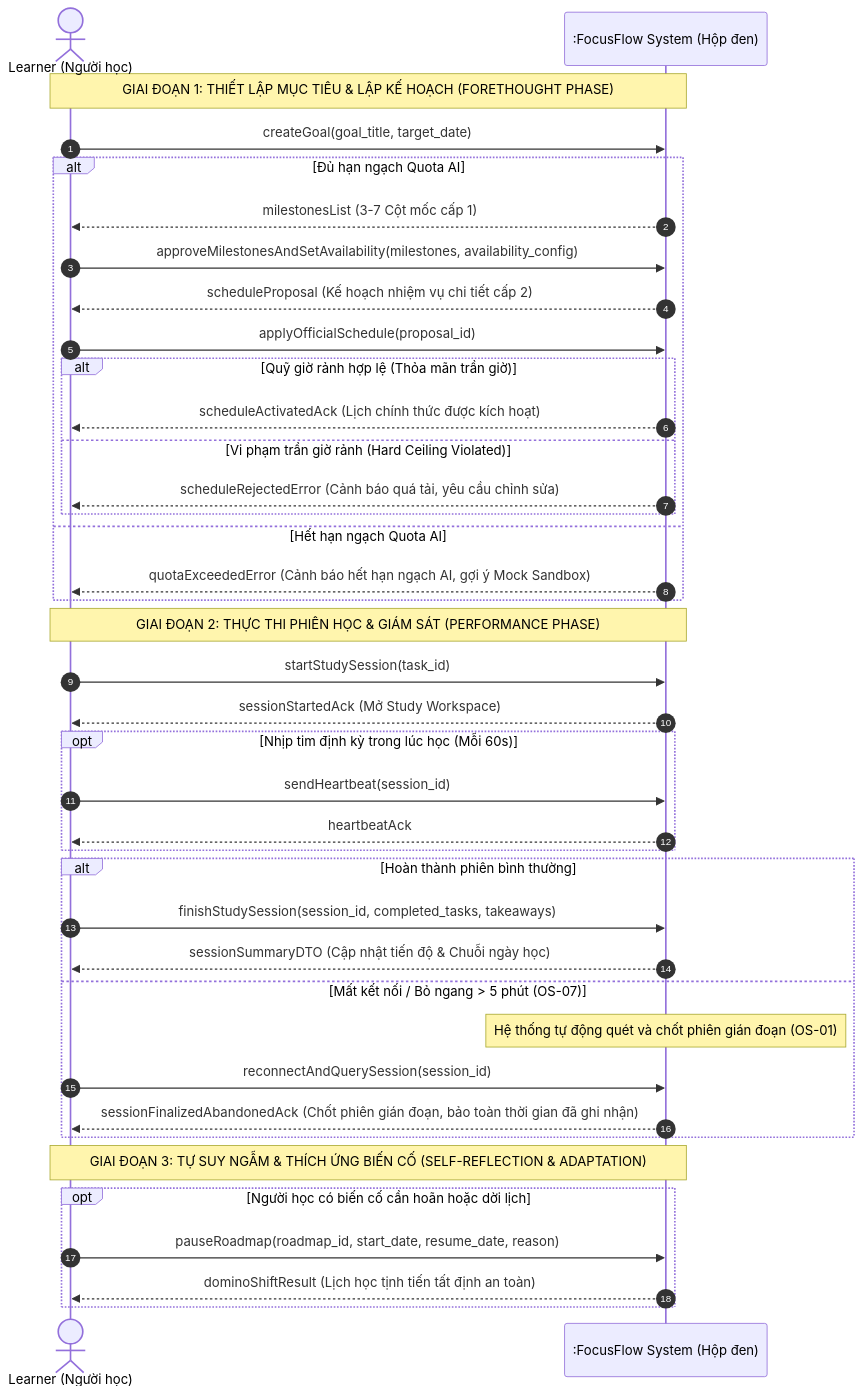
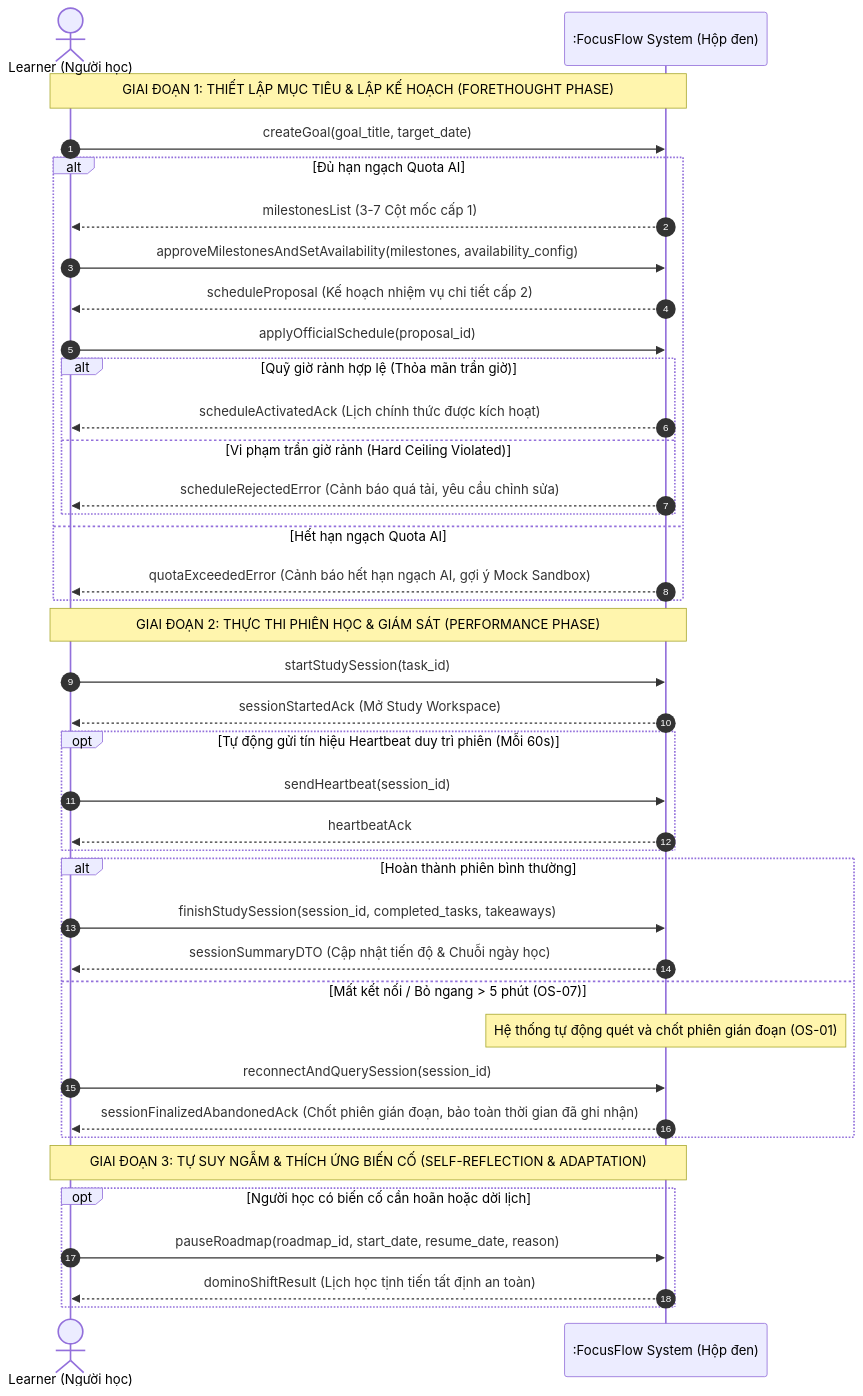
Before and after one commit to Coffat/FocusFlow: the first of 10 diagrams in docs/uml/sequence-diagrams.md, drawn with Mermaid. The commit also changed other lines of this file and 83 other files, not shown here.

Commit message:
docs: audit and synchronize SRS, database schema, UML, and architectural specs

````diff
--- a/docs/uml/sequence-diagrams.md
+++ b/docs/uml/sequence-diagrams.md
@@ -55,46 +56,46 @@
 ```mermaid
 sequenceDiagram
     autonumber
     actor User as Learner (Người học)
     participant System as :FocusFlow System (Hộp đen)
 
     Note over User,System: GIAI ĐOẠN 1: THIẾT LẬP MỤC TIÊU & LẬP KẾ HOẠCH (FORETHOUGHT PHASE)
     User->>System: createGoal(goal_title, target_date)
     alt Đủ hạn ngạch Quota AI
         System-->>User: milestonesList (3-7 Cột mốc cấp 1)
         User->>System: approveMilestonesAndSetAvailability(milestones, availability_config)
         System-->>User: scheduleProposal (Kế hoạch nhiệm vụ chi tiết cấp 2)
         User->>System: applyOfficialSchedule(proposal_id)
         alt Quỹ giờ rảnh hợp lệ (Thỏa mãn trần giờ)
             System-->>User: scheduleActivatedAck (Lịch chính thức được kích hoạt)
         else Vi phạm trần giờ rảnh (Hard Ceiling Violated)
             System-->>User: scheduleRejectedError (Cảnh báo quá tải, yêu cầu chỉnh sửa)
         end
     else Hết hạn ngạch Quota AI
         System-->>User: quotaExceededError (Cảnh báo hết hạn ngạch AI, gợi ý Mock Sandbox)
     end
 
     Note over User,System: GIAI ĐOẠN 2: THỰC THI PHIÊN HỌC & GIÁM SÁT (PERFORMANCE PHASE)
     User->>System: startStudySession(task_id)
     System-->>User: sessionStartedAck (Mở Study Workspace)
 
-    opt Nhịp tim định kỳ trong lúc học (Mỗi 60s)
+    opt Tự động gửi tín hiệu Heartbeat duy trì phiên (Mỗi 60s)
         User->>System: sendHeartbeat(session_id)
         System-->>User: heartbeatAck
     end
 
     alt Hoàn thành phiên bình thường
         User->>System: finishStudySession(session_id, completed_tasks, takeaways)
         System-->>User: sessionSummaryDTO (Cập nhật tiến độ & Chuỗi ngày học)
     else Mất kết nối / Bỏ ngang > 5 phút (OS-07)
         Note over System: Hệ thống tự động quét và chốt phiên gián đoạn (OS-01)
         User->>System: reconnectAndQuerySession(session_id)
         System-->>User: sessionFinalizedAbandonedAck (Chốt phiên gián đoạn, bảo toàn thời gian đã ghi nhận)
     end
 
     Note over User,System: GIAI ĐOẠN 3: TỰ SUY NGẪM & THÍCH ỨNG BIẾN CỐ (SELF-REFLECTION & ADAPTATION)
     opt Người học có biến cố cần hoãn hoặc dời lịch
         User->>System: pauseRoadmap(roadmap_id, start_date, resume_date, reason)
         System-->>User: dominoShiftResult (Lịch học tịnh tiến tất định an toàn)
     end
 ```
````
